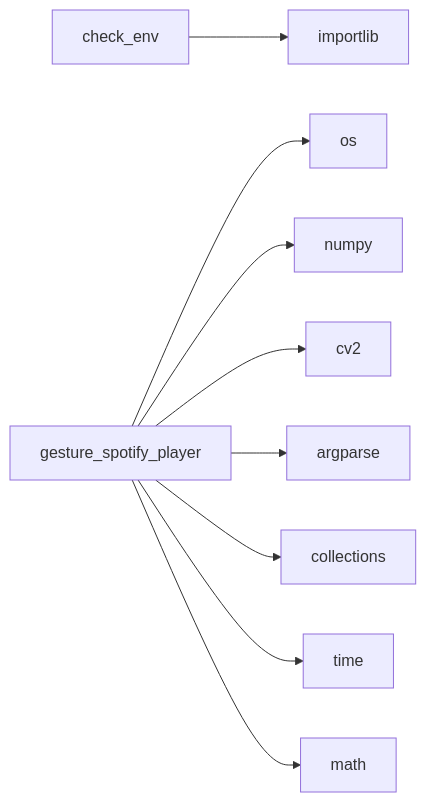
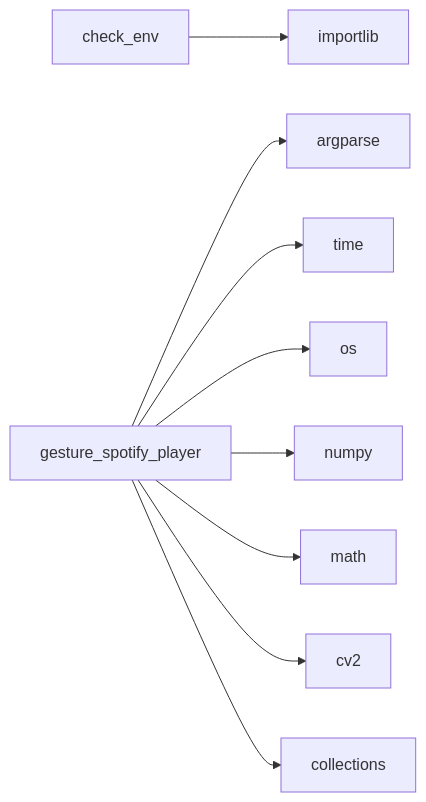
The second of 2 diagrams in README.md (NITISH-R-G/PalmPlay1), drawn with Mermaid before and after one commit. The commit also changed other lines of this file and 3 other files, not shown here.

Commit message:
docs: update repository documentation and diagrams [skip ci]

````diff
--- a/README.md
+++ b/README.md
@@ -60,15 +60,15 @@
 ```mermaid
 graph LR
     check_env[check_env]
     check_env --> importlib[importlib]
     gesture_spotify_player[gesture_spotify_player]
+    gesture_spotify_player --> argparse[argparse]
+    gesture_spotify_player --> time[time]
     gesture_spotify_player --> os[os]
     gesture_spotify_player --> numpy[numpy]
+    gesture_spotify_player --> math[math]
     gesture_spotify_player --> cv2[cv2]
-    gesture_spotify_player --> argparse[argparse]
     gesture_spotify_player --> collections[collections]
-    gesture_spotify_player --> time[time]
-    gesture_spotify_player --> math[math]
     click check_env href "https://github.com/NITISH-R-G/PalmPlay1/blob/main/check_env.py" "View source code"
     click gesture_spotify_player href "https://github.com/NITISH-R-G/PalmPlay1/blob/main/gesture_spotify_player.py" "View source code"
 ```
````
